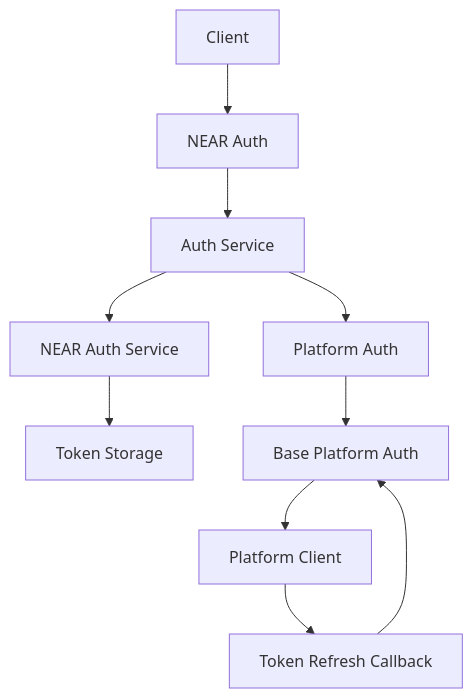
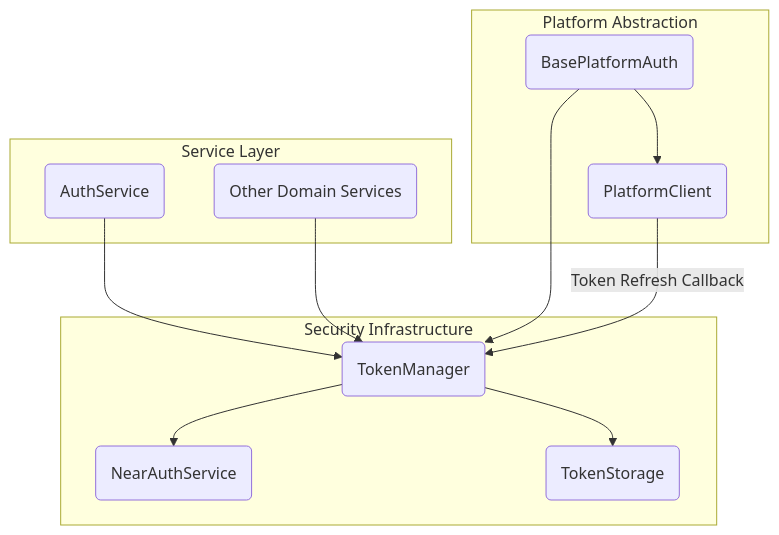
One commit to open-crosspost/open-crosspost-proxy-service changed the fourth of 9 diagrams in memory-bank/systemPatterns.md. Above: the diagram before and after it, drawn with Mermaid. The commit also changed other lines of this file and 34 other files, not shown here.

````diff
--- a/memory-bank/systemPatterns.md
+++ b/memory-bank/systemPatterns.md
@@ -114,15 +114,28 @@
 ```mermaid
 flowchart TD
-    Client[Client] --> NearAuth[NEAR Auth]
-    NearAuth --> AuthService[Auth Service]
-    
-    AuthService --> NearAuthService[NEAR Auth Service]
-    AuthService --> PlatformAuth[Platform Auth]
-    
-    NearAuthService --> TokenStorage[Token Storage]
-    PlatformAuth --> BasePlatformAuth[Base Platform Auth]
-    
-    BasePlatformAuth --> PlatformClient[Platform Client]
-    PlatformClient --> TokenRefresh[Token Refresh Callback]
-    TokenRefresh --> BasePlatformAuth
+    subgraph "Service Layer"
+        AuthService(AuthService)
+        OtherServices(Other Domain Services)
+    end
+
+    subgraph "Platform Abstraction"
+        BasePlatformAuth(BasePlatformAuth)
+        PlatformClient(PlatformClient)
+    end
+
+    subgraph "Security Infrastructure"
+        TokenManager(TokenManager)
+        NearAuthService(NearAuthService)
+        TokenStorage(TokenStorage)
+    end
+
+    AuthService --> TokenManager
+    OtherServices --> TokenManager
+    BasePlatformAuth --> TokenManager
+    BasePlatformAuth --> PlatformClient
+
+    TokenManager --> NearAuthService
+    TokenManager --> TokenStorage
+
+    PlatformClient -- Token Refresh Callback --> TokenManager
 ```
````
